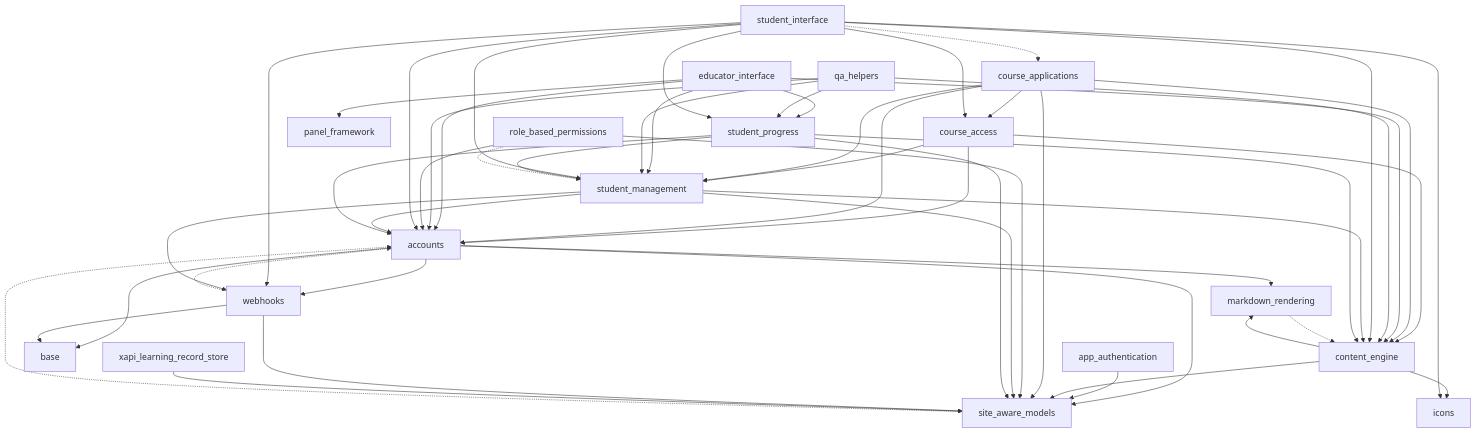
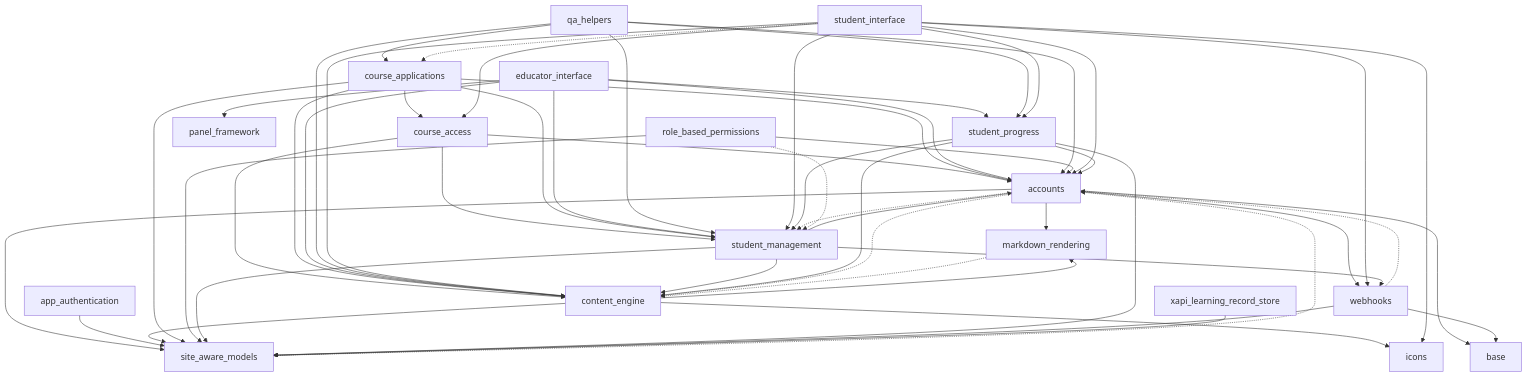
Before and after one commit to preludetech/Freedom-LS: the diagram in docs/app_structure.md, drawn with Mermaid. The commit also changed other lines of this file, not shown here.

````diff
--- a/docs/app_structure.md
+++ b/docs/app_structure.md
@@ -13,71 +13,74 @@
 ```mermaid
 flowchart TB
     accounts
     app_authentication
     base
     content_engine
     course_access
     course_applications
     educator_interface
     icons
     markdown_rendering
     panel_framework
     qa_helpers
     role_based_permissions
     site_aware_models
     student_interface
     student_management
     student_progress
     webhooks
     xapi_learning_record_store
     accounts --> base
     accounts --> markdown_rendering
     accounts --> site_aware_models
     accounts --> webhooks
     app_authentication --> site_aware_models
     content_engine --> icons
     content_engine --> markdown_rendering
     content_engine --> site_aware_models
     course_access --> accounts
     course_access --> content_engine
     course_access --> student_management
     course_applications --> accounts
     course_applications --> content_engine
     course_applications --> course_access
     course_applications --> site_aware_models
     course_applications --> student_management
     educator_interface --> accounts
     educator_interface --> content_engine
     educator_interface --> panel_framework
     educator_interface --> student_management
     educator_interface --> student_progress
     qa_helpers --> accounts
     qa_helpers --> content_engine
+    qa_helpers --> course_applications
     qa_helpers --> student_management
     qa_helpers --> student_progress
     role_based_permissions --> accounts
     role_based_permissions --> site_aware_models
     student_interface --> accounts
     student_interface --> content_engine
     student_interface --> course_access
     student_interface --> icons
     student_interface --> student_management
     student_interface --> student_progress
     student_interface --> webhooks
     student_management --> accounts
     student_management --> content_engine
     student_management --> site_aware_models
     student_management --> webhooks
     student_progress --> accounts
     student_progress --> content_engine
     student_progress --> site_aware_models
     student_progress --> student_management
     webhooks --> base
     webhooks --> site_aware_models
     xapi_learning_record_store --> site_aware_models
+    accounts -.-> content_engine
+    accounts -.-> student_management
     markdown_rendering -.-> content_engine
     role_based_permissions -.-> student_management
     site_aware_models -.-> accounts
     student_interface -.-> course_applications
     webhooks -.-> accounts
 ```
````
